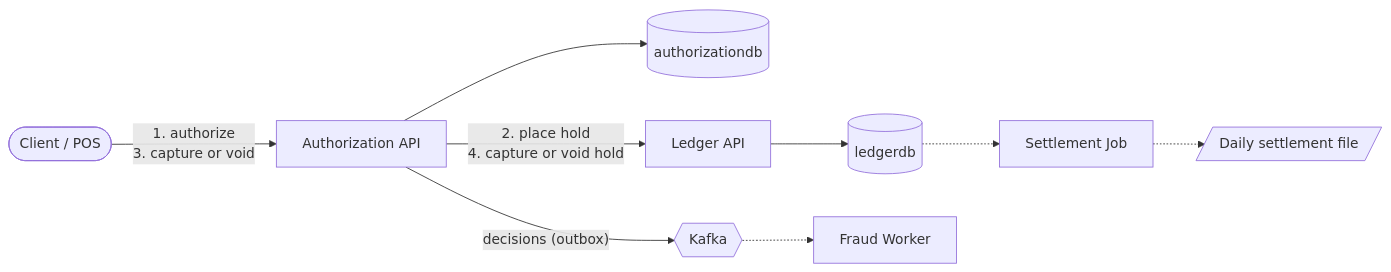
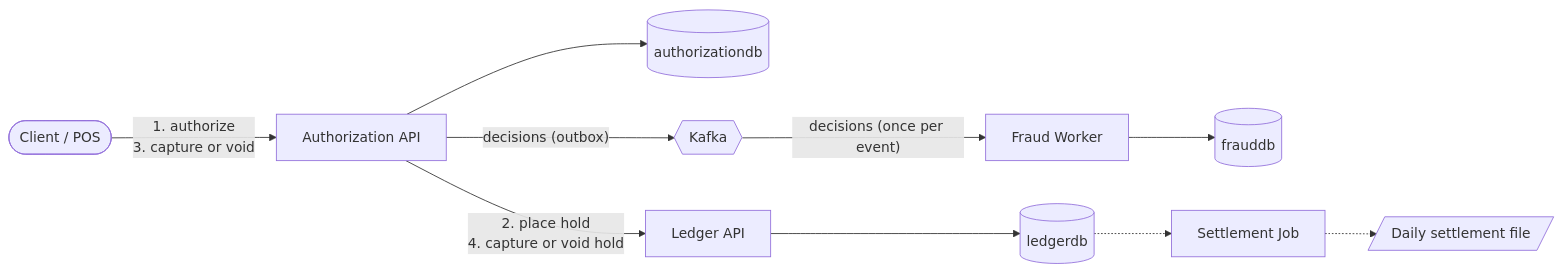
Before and after one commit to renato-aq/card-transaction-platform: the first of 2 diagrams in README.md, drawn with Mermaid. The commit also changed other lines of this file, not shown here.

Commit message:
docs(readme): describe the fraud worker consumer

````diff
--- a/README.md
+++ b/README.md
@@ -12,11 +12,12 @@
 ```mermaid
 flowchart LR
     client([Client / POS]) -->|"1. authorize<br/>3. capture or void"| auth[Authorization API]
     auth --> authdb[(authorizationdb)]
     auth -->|"2. place hold<br/>4. capture or void hold"| ledger[Ledger API]
     ledger --> ledgerdb[(ledgerdb)]
     auth -->|"decisions (outbox)"| kafka{{Kafka}}
-    kafka -.-> fraud[Fraud Worker]
+    kafka -->|"decisions (once per event)"| fraud[Fraud Worker]
+    fraud --> frauddb[(frauddb)]
     ledgerdb -.-> settlement[Settlement Job]
     settlement -.-> file[/Daily settlement file/]
 ```
````
